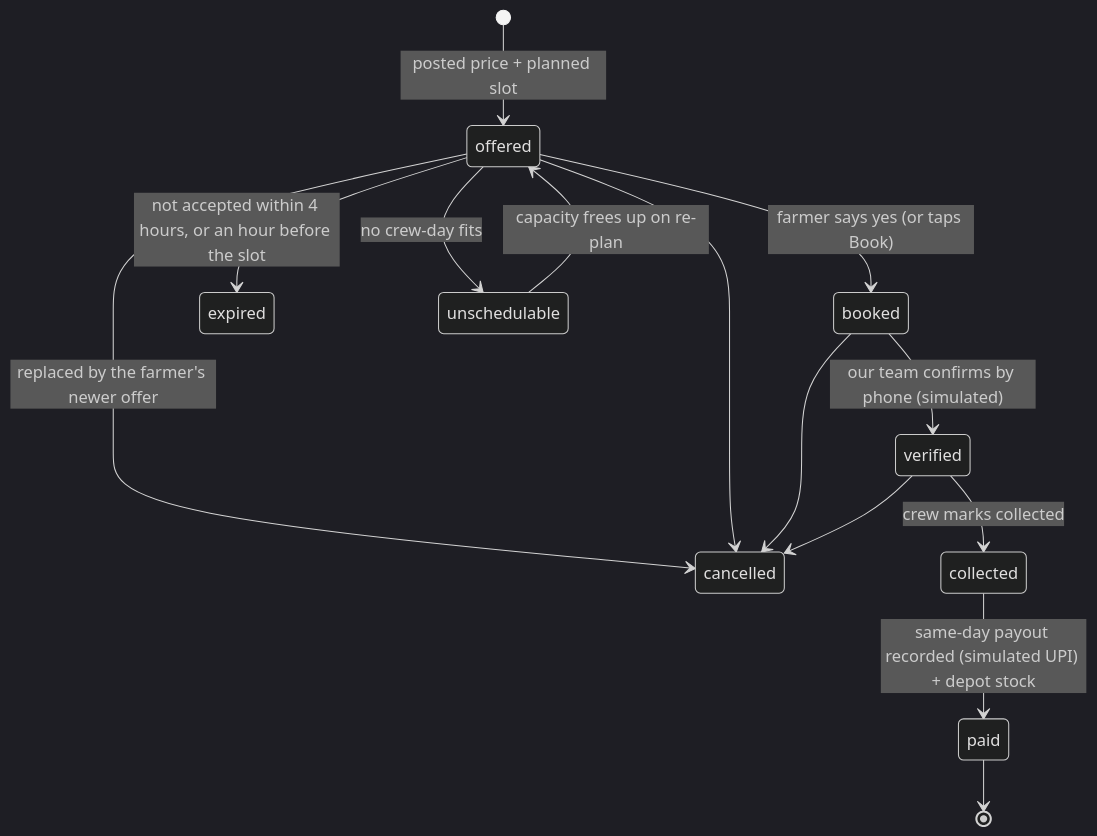
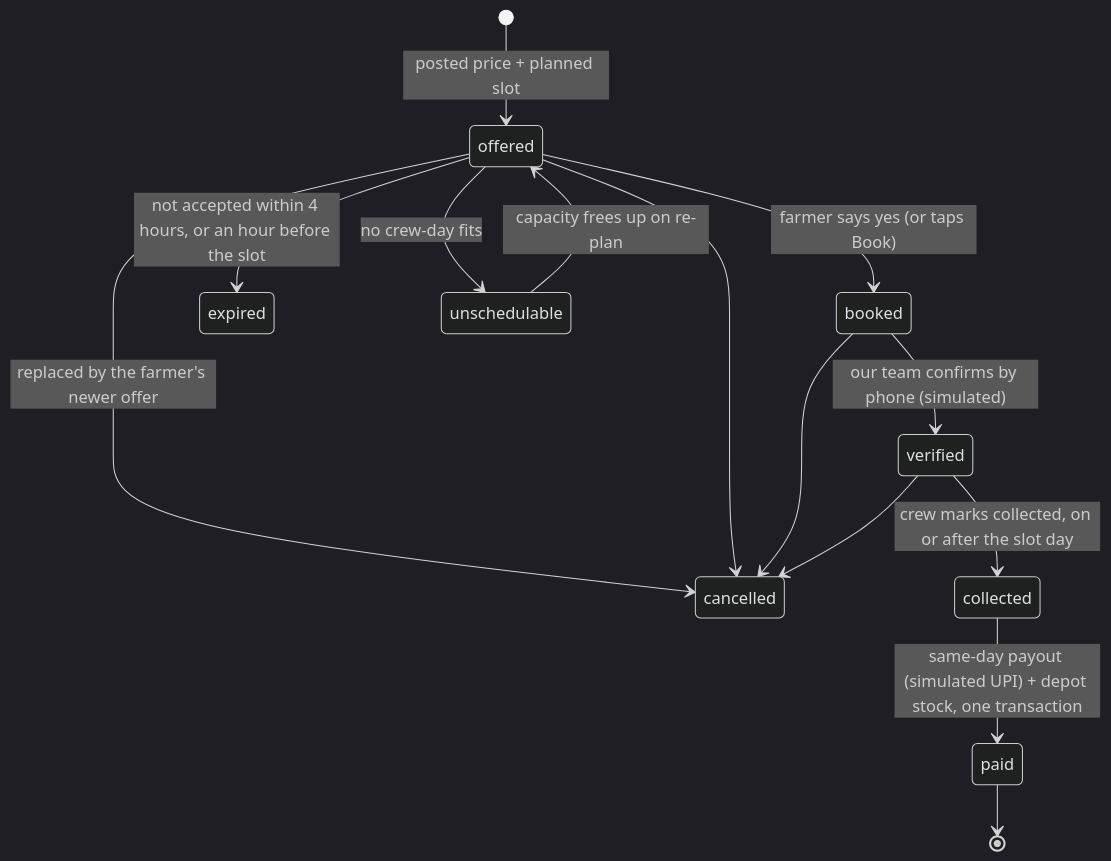
The fourth of 4 diagrams in docs/ARCHITECTURE.md (PeepSheep99/parali-setu), drawn with Mermaid (dark theme) before and after one commit. The commit also changed other lines of this file and 3 other files, not shown here.

First line of the commit message:
Update the architecture and booking-flow diagrams for the merged work

````diff
--- a/docs/ARCHITECTURE.md
+++ b/docs/ARCHITECTURE.md
@@ -167,16 +182,16 @@
 ```mermaid
 stateDiagram-v2
   [*] --> offered: posted price + planned slot
   offered --> booked: farmer says yes (or taps Book)
   offered --> expired: not accepted within 4 hours, or an hour before the slot
   offered --> cancelled: replaced by the farmer's newer offer
   offered --> unschedulable: no crew-day fits
   unschedulable --> offered: capacity frees up on re-plan
   offered --> cancelled
   booked --> cancelled
   booked --> verified: our team confirms by phone (simulated)
   verified --> cancelled
-  verified --> collected: crew marks collected
-  collected --> paid: same-day payout recorded (simulated UPI) + depot stock
+  verified --> collected: crew marks collected, on or after the slot day
+  collected --> paid: same-day payout (simulated UPI) + depot stock, one transaction
   paid --> [*]
 ```
````
